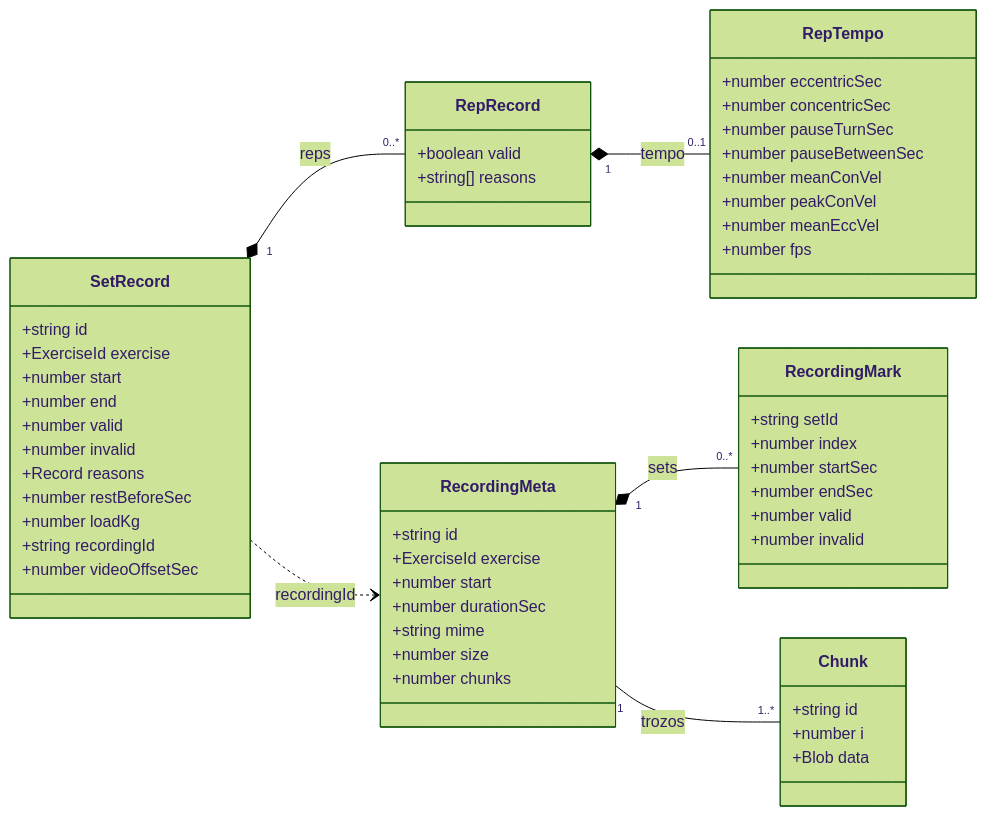
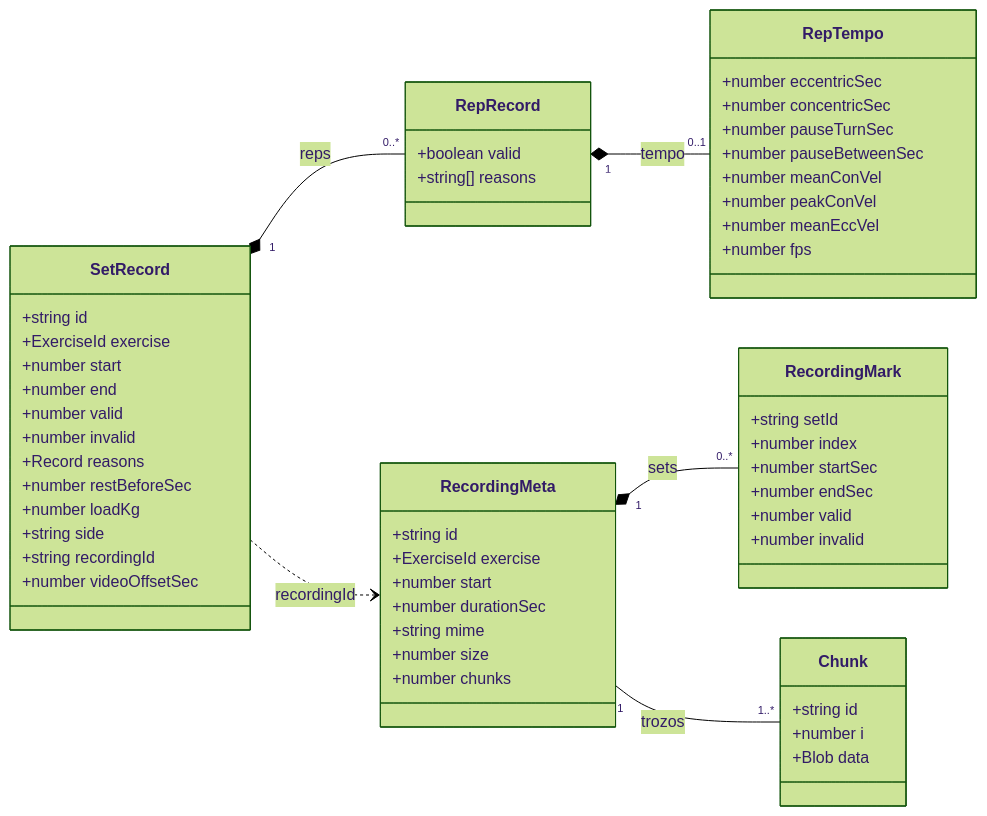
One commit to xaxtian/tracker changed the diagram in guia/08-datos.md. Above: the diagram before and after it, drawn with Mermaid (forest theme). The commit also changed other lines of this file and 62 other files, not shown here.

```diff
--- a/guia/08-datos.md
+++ b/guia/08-datos.md
@@ -5,58 +5,59 @@
 <pre class="mermaid">
 classDiagram
   direction LR
   class SetRecord {
     +string id
     +ExerciseId exercise
     +number start
     +number end
     +number valid
     +number invalid
     +Record reasons
     +number restBeforeSec
     +number loadKg
+    +string side
     +string recordingId
     +number videoOffsetSec
   }
   class RepRecord {
     +boolean valid
     +string[] reasons
   }
   class RepTempo {
     +number eccentricSec
     +number concentricSec
     +number pauseTurnSec
     +number pauseBetweenSec
     +number meanConVel
     +number peakConVel
     +number meanEccVel
     +number fps
   }
   class RecordingMeta {
     +string id
     +ExerciseId exercise
     +number start
     +number durationSec
     +string mime
     +number size
     +number chunks
   }
   class RecordingMark {
     +string setId
     +number index
     +number startSec
     +number endSec
     +number valid
     +number invalid
   }
   class Chunk {
     +string id
     +number i
     +Blob data
   }
   SetRecord "1" *-- "0..*" RepRecord : reps
   RepRecord "1" *-- "0..1" RepTempo : tempo
   SetRecord ..> RecordingMeta : recordingId
   RecordingMeta "1" *-- "0..*" RecordingMark : sets
   RecordingMeta "1" -- "1..*" Chunk : trozos
 </pre>
```
